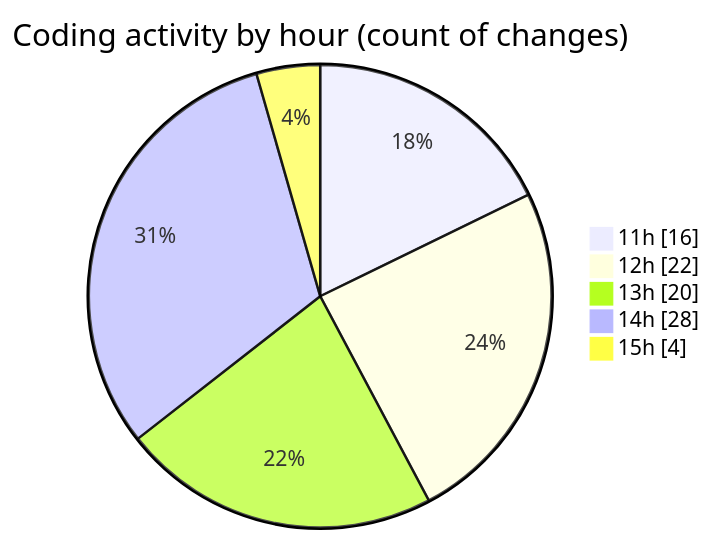
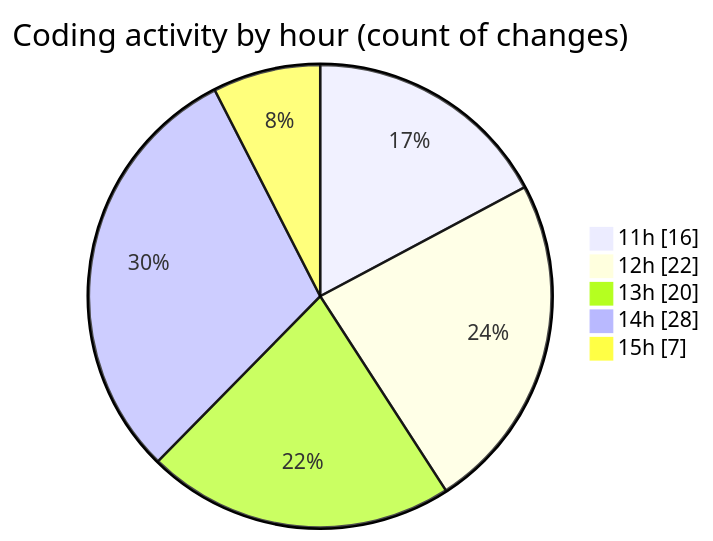
One commit to donsfak/code-tracking changed the second of 2 diagrams in 2025-03-25/wordle/README.md. Above: the diagram before and after it, drawn with Mermaid. The commit also changed other lines of this file and 1 other file, not shown here.

````diff
--- a/2025-03-25/wordle/README.md
+++ b/2025-03-25/wordle/README.md
@@ -36,9 +36,9 @@
 ```mermaid
 pie showData
 title Coding activity by hour (count of changes)
 "11h" : 16
 "12h" : 22
 "13h" : 20
 "14h" : 28
-"15h" : 4
+"15h" : 7
 ```
````
